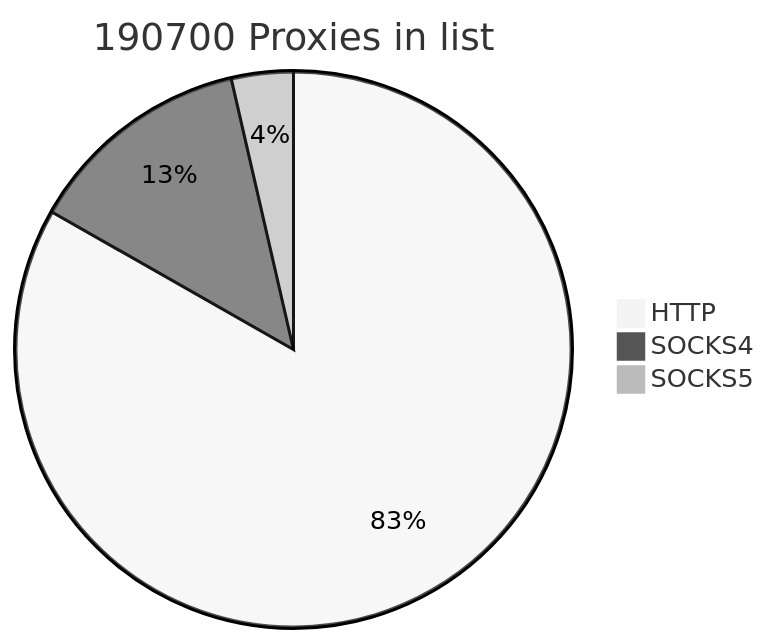
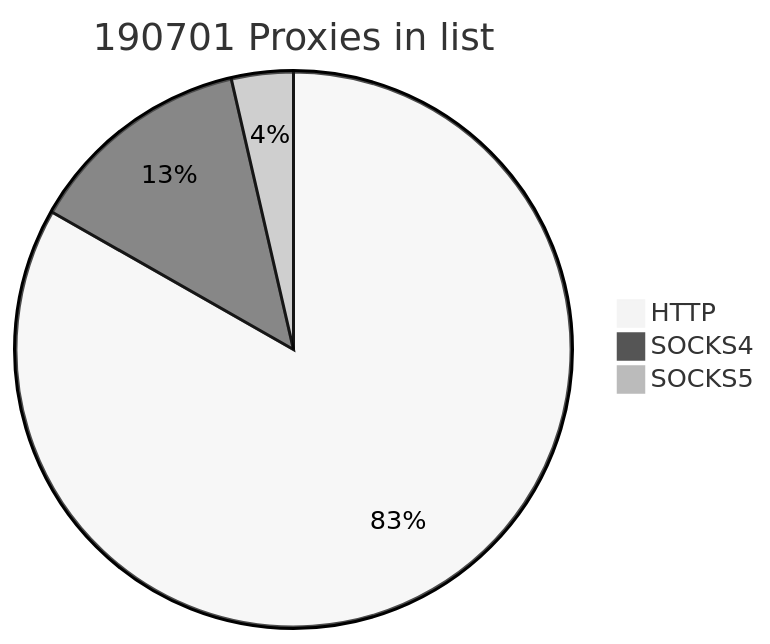
One commit to cutipu/proxylist changed the first of 2 diagrams in README.md. Above: the diagram before and after it, drawn with Mermaid (neutral theme). The commit also changed other lines of this file, not shown here.

````diff
--- a/README.md
+++ b/README.md
@@ -2,7 +2,7 @@
 ```mermaid
-pie title 190700 Proxies in list
+pie title 190701 Proxies in list
     "HTTP" : 158736
     "SOCKS4" : 25105
-    "SOCKS5" : 6859
+    "SOCKS5" : 6860
             
 ```
````
